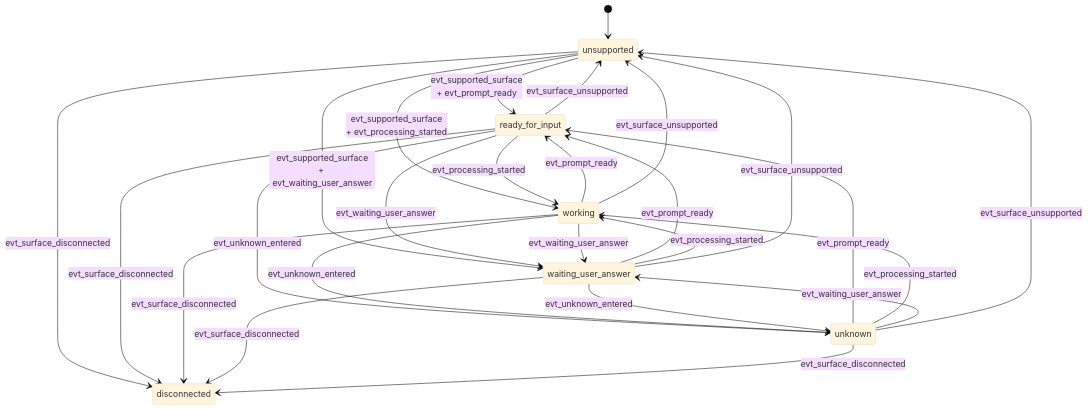
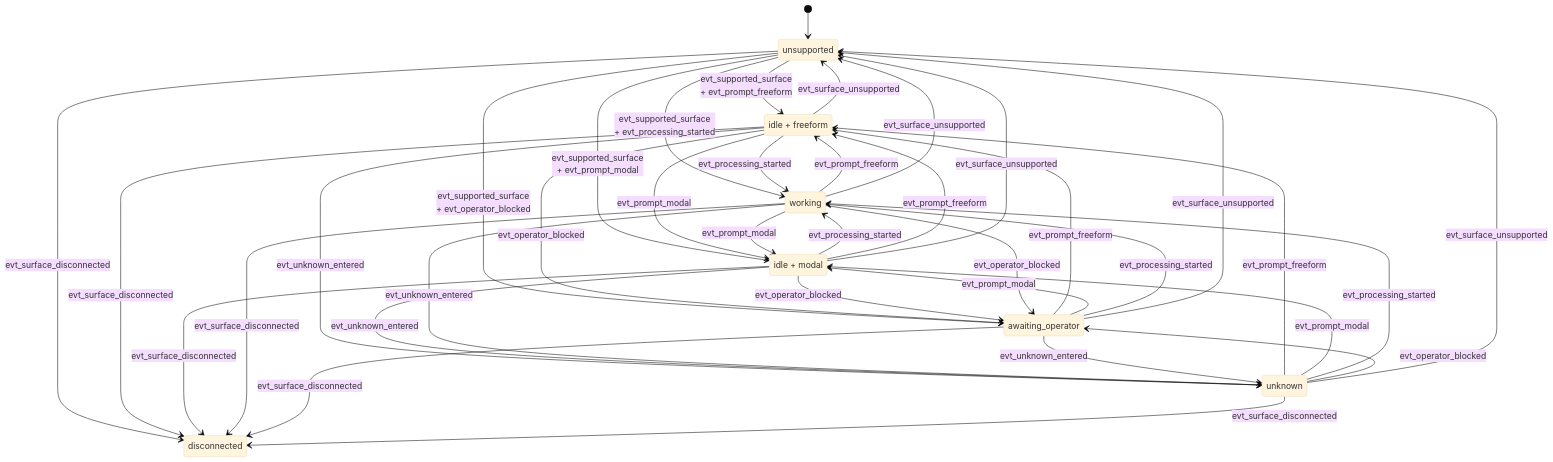
The diagram in docs/developer/tui-parsing/claude.md (igamenovoer/houmao), drawn with Mermaid (base theme) before and after one commit. The commit also changed other lines of this file and 47 other files, not shown here.

````diff
--- a/docs/developer/tui-parsing/claude.md
+++ b/docs/developer/tui-parsing/claude.md
@@ -40,39 +41,52 @@
 ```mermaid
 stateDiagram-v2
     [*] --> Unsupported
-    state "ready_for_input" as ReadyForInput
+    state "idle + freeform" as IdleFreeform
+    state "idle + modal" as IdleModal
     state "working" as Working
-    state "waiting_user_answer" as WaitingUserAnswer
+    state "awaiting_operator" as AwaitingOperator
     state "unknown" as Unknown
     state "unsupported" as Unsupported
     state "disconnected" as Disconnected
 
-    Unsupported --> ReadyForInput: evt_supported_surface<br/>+ evt_prompt_ready
+    Unsupported --> IdleFreeform: evt_supported_surface<br/>+ evt_prompt_freeform
+    Unsupported --> IdleModal: evt_supported_surface<br/>+ evt_prompt_modal
     Unsupported --> Working: evt_supported_surface<br/>+ evt_processing_started
-    Unsupported --> WaitingUserAnswer: evt_supported_surface<br/>+ evt_waiting_user_answer
+    Unsupported --> AwaitingOperator: evt_supported_surface<br/>+ evt_operator_blocked
     Unsupported --> Disconnected: evt_surface_disconnected
 
-    ReadyForInput --> Working: evt_processing_started
-    ReadyForInput --> WaitingUserAnswer: evt_waiting_user_answer
-    ReadyForInput --> Unknown: evt_unknown_entered
-    ReadyForInput --> Unsupported: evt_surface_unsupported
-    ReadyForInput --> Disconnected: evt_surface_disconnected
+    IdleFreeform --> Working: evt_processing_started
+    IdleFreeform --> AwaitingOperator: evt_operator_blocked
+    IdleFreeform --> IdleModal: evt_prompt_modal
+    IdleFreeform --> Unknown: evt_unknown_entered
+    IdleFreeform --> Unsupported: evt_surface_unsupported
+    IdleFreeform --> Disconnected: evt_surface_disconnected
 
-    Working --> ReadyForInput: evt_prompt_ready
-    Working --> WaitingUserAnswer: evt_waiting_user_answer
+    IdleModal --> Working: evt_processing_started
+    IdleModal --> AwaitingOperator: evt_operator_blocked
+    IdleModal --> IdleFreeform: evt_prompt_freeform
+    IdleModal --> Unknown: evt_unknown_entered
+    IdleModal --> Unsupported: evt_surface_unsupported
+    IdleModal --> Disconnected: evt_surface_disconnected
+
+    Working --> IdleFreeform: evt_prompt_freeform
+    Working --> IdleModal: evt_prompt_modal
+    Working --> AwaitingOperator: evt_operator_blocked
     Working --> Unknown: evt_unknown_entered
     Working --> Unsupported: evt_surface_unsupported
     Working --> Disconnected: evt_surface_disconnected
 
-    WaitingUserAnswer --> ReadyForInput: evt_prompt_ready
-    WaitingUserAnswer --> Working: evt_processing_started
-    WaitingUserAnswer --> Unknown: evt_unknown_entered
-    WaitingUserAnswer --> Unsupported: evt_surface_unsupported
-    WaitingUserAnswer --> Disconnected: evt_surface_disconnected
+    AwaitingOperator --> IdleFreeform: evt_prompt_freeform
+    AwaitingOperator --> IdleModal: evt_prompt_modal
+    AwaitingOperator --> Working: evt_processing_started
+    AwaitingOperator --> Unknown: evt_unknown_entered
+    AwaitingOperator --> Unsupported: evt_surface_unsupported
+    AwaitingOperator --> Disconnected: evt_surface_disconnected
 
-    Unknown --> ReadyForInput: evt_prompt_ready
+    Unknown --> IdleFreeform: evt_prompt_freeform
+    Unknown --> IdleModal: evt_prompt_modal
     Unknown --> Working: evt_processing_started
-    Unknown --> WaitingUserAnswer: evt_waiting_user_answer
+    Unknown --> AwaitingOperator: evt_operator_blocked
     Unknown --> Unsupported: evt_surface_unsupported
     Unknown --> Disconnected: evt_surface_disconnected
 ```
````
